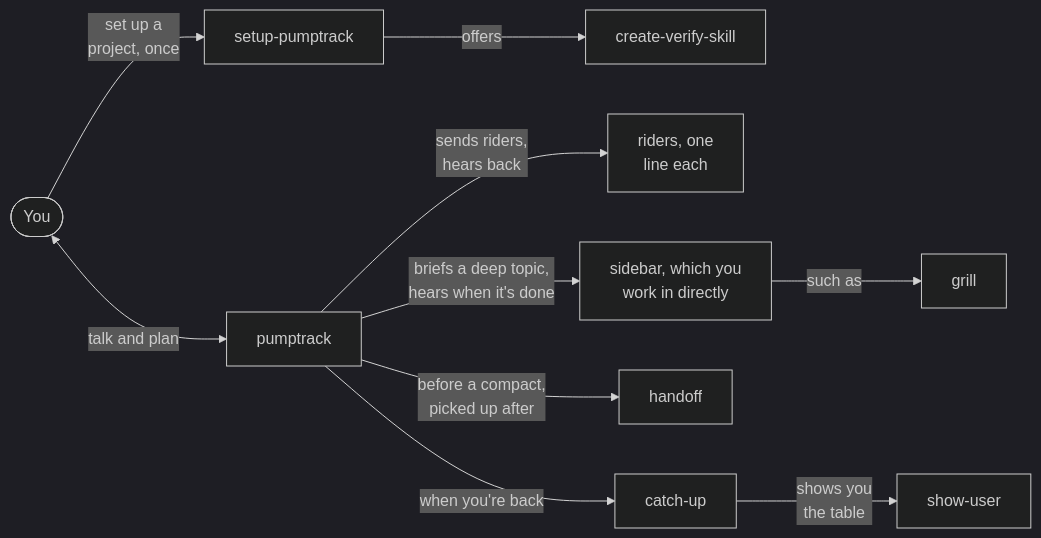
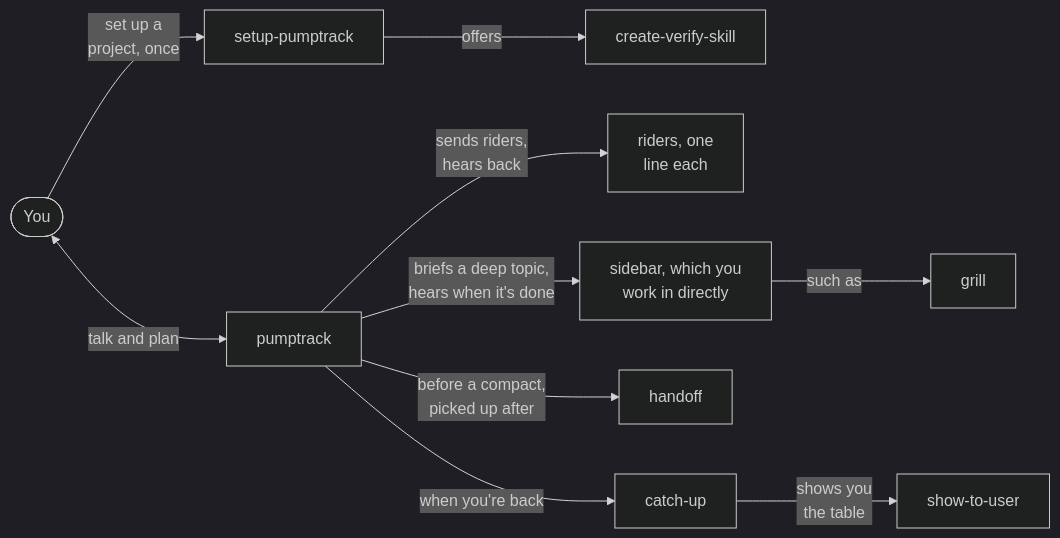
Before and after one commit to brandonbews/pumptrack: the first of 3 diagrams in README.md, drawn with Mermaid (dark theme). The commit also changed other lines of this file and 4 other files, not shown here.

First line of the commit message:
Rename show-user to show-to-user

````diff
--- a/README.md
+++ b/README.md
@@ -15,11 +15,11 @@
 ```mermaid
 flowchart LR
   you(["You"]) <-->|"talk and plan"| pt["pumptrack"]
   you -->|"set up a<br/>project, once"| setup["setup-pumptrack"] -->|"offers"| verify["create-verify-skill"]
   pt -->|"sends riders,<br/>hears back"| riders["riders, one<br/>line each"]
   pt -->|"briefs a deep topic,<br/>hears when it's done"| sidebar["sidebar, which you<br/>work in directly"]
   sidebar -->|"such as"| grill["grill"]
   pt -->|"before a compact,<br/>picked up after"| handoff["handoff"]
   pt -->|"when you're back"| catchup["catch-up"]
-  catchup -->|"shows you<br/>the table"| show["show-user"]
+  catchup -->|"shows you<br/>the table"| show["show-to-user"]
 ```
````
